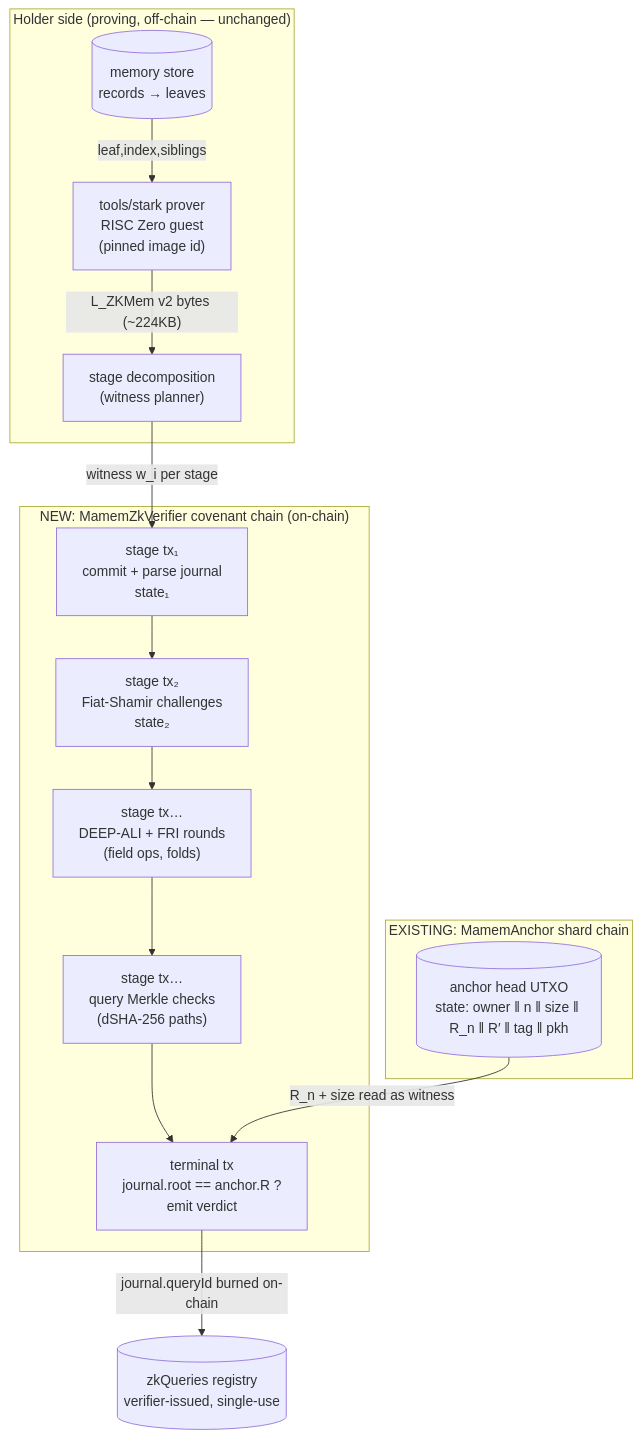
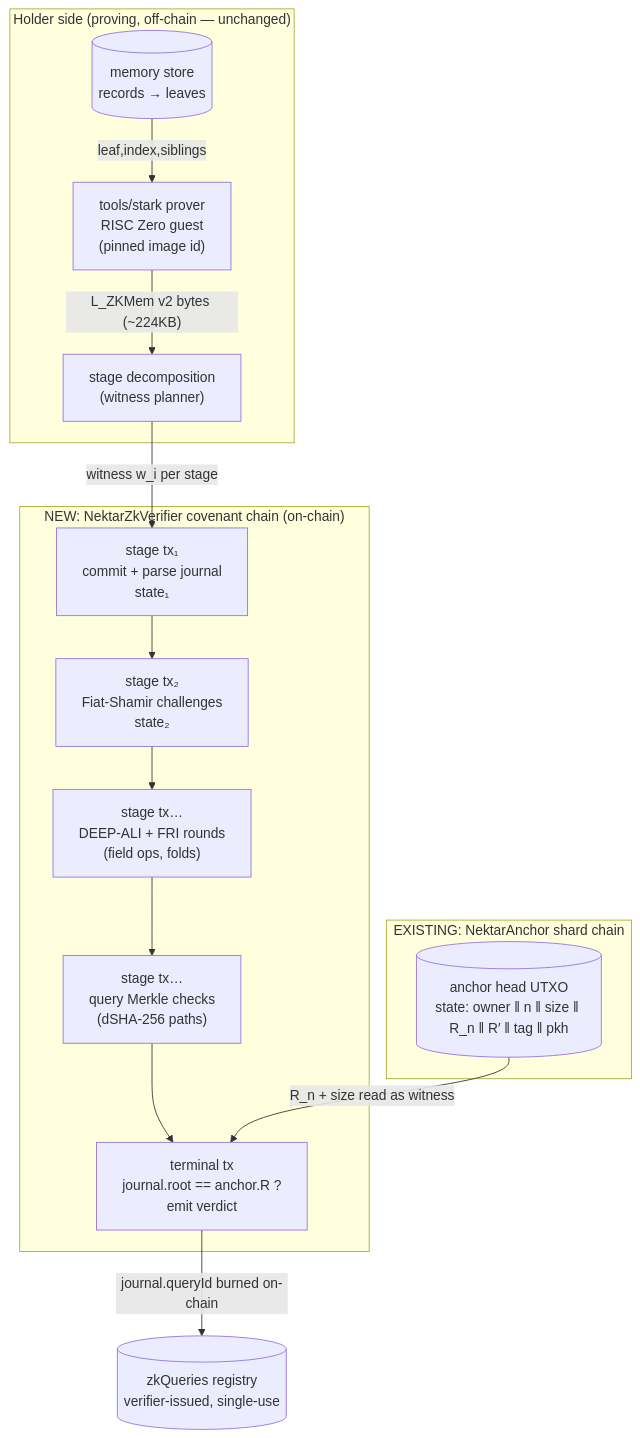
Before and after one commit to kryptokrates/nektar: the first of 2 diagrams in docs/GOAL-v9.md, drawn with Mermaid. The commit also changed other lines of this file and 297 other files, not shown here.

First line of the commit message:
Rename project mamem → nektar

````diff
--- a/docs/GOAL-v9.md
+++ b/docs/GOAL-v9.md
@@ -144,27 +144,27 @@
 ```mermaid
 flowchart TB
     subgraph holder["Holder side (proving, off-chain — unchanged)"]
         MEM[("memory store<br/>records → leaves")]
         PROV["tools/stark prover<br/>RISC Zero guest<br/>(pinned image id)"]
         MEM -->|leaf,index,siblings| PROV
         PROV -->|"L_ZKMem v2 bytes (~224KB)"| STX
     end
 
-    subgraph chain["NEW: MamemZkVerifier covenant chain (on-chain)"]
+    subgraph chain["NEW: NektarZkVerifier covenant chain (on-chain)"]
         S1["stage tx₁<br/>commit + parse journal<br/>state₁"]
         S2["stage tx₂<br/>Fiat-Shamir challenges<br/>state₂"]
         SD["stage tx…<br/>DEEP-ALI + FRI rounds<br/>(field ops, folds)"]
         SQ["stage tx…<br/>query Merkle checks<br/>(dSHA-256 paths)"]
         ST["terminal tx<br/>journal.root == anchor.R ?<br/>emit verdict"]
         S1 --> S2 --> SD --> SQ --> ST
     end
 
-    subgraph anchors["EXISTING: MamemAnchor shard chain"]
+    subgraph anchors["EXISTING: NektarAnchor shard chain"]
         AH[("anchor head UTXO<br/>state: owner ‖ n ‖ size ‖ R_n ‖ R′ ‖ tag ‖ pkh")]
     end
 
     Q[("zkQueries registry<br/>verifier-issued, single-use")]
     ST -->|"journal.queryId burned on-chain"| Q
     AH -->|"R_n + size read as witness"| ST
     STX["stage decomposition<br/>(witness planner)"] -->|"witness w_i per stage"| S1
 ```
````
